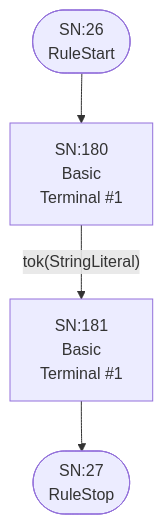
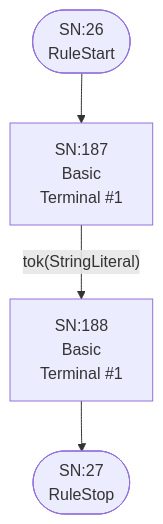
One commit to TypeFox/fastbelt changed diagram 14 of 25 in internal/grammar/atn.md. Above: the diagram before and after it, drawn with Mermaid. The commit also changed other lines of this file and 13 other files, not shown here.

````diff
--- a/internal/grammar/atn.md
+++ b/internal/grammar/atn.md
@@ -418,11 +434,11 @@
 ```mermaid
 flowchart TD
     q26(["SN:26<br/>RuleStart"])
     q27(["SN:27<br/>RuleStop"])
-    q180["SN:180<br/>Basic<br/>Terminal #1"]
-    q181["SN:181<br/>Basic<br/>Terminal #1"]
+    q187["SN:187<br/>Basic<br/>Terminal #1"]
+    q188["SN:188<br/>Basic<br/>Terminal #1"]
 
-    q26 --> q180
-    q180 -->|"tok(StringLiteral)"| q181
-    q181 --> q27
+    q26 --> q187
+    q187 -->|"tok(StringLiteral)"| q188
+    q188 --> q27
 ```
````
